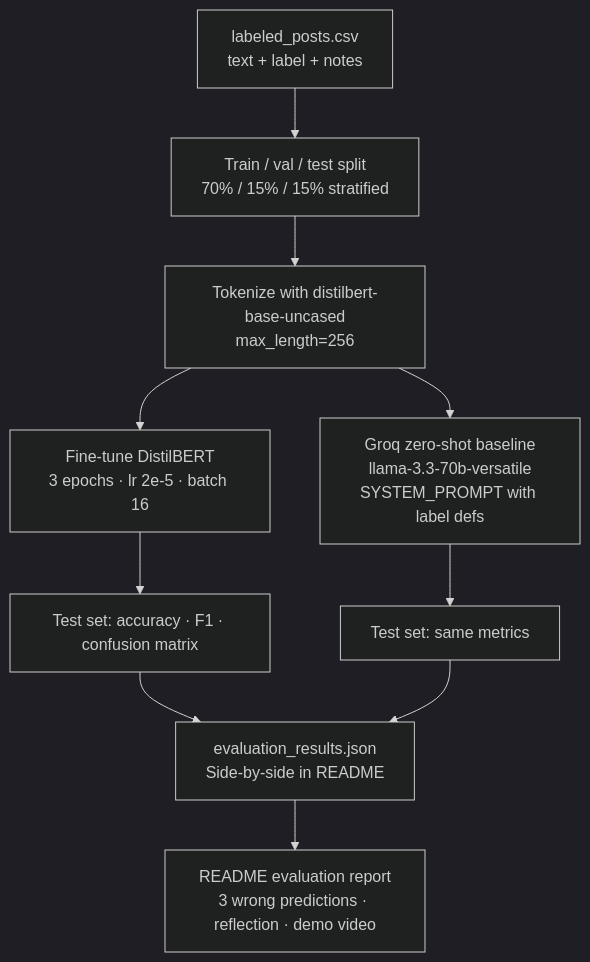
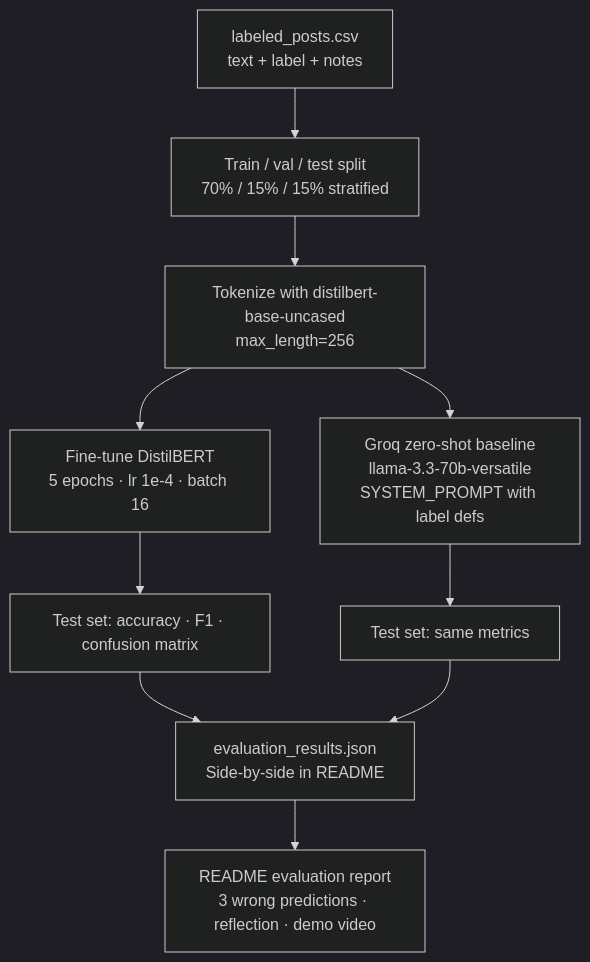
The diagram in planning.md (idkuri/ai201-project3-takemeter), drawn with Mermaid (dark theme) before and after one commit. The commit also changed other lines of this file and 17 other files, not shown here.

````diff
--- a/planning.md
+++ b/planning.md
@@ -279,22 +279,22 @@
 ```mermaid
 flowchart TD
     CSV["labeled_posts.csv<br/>text + label + notes"]
     Split["Train / val / test split<br/>70% / 15% / 15% stratified"]
     Tokenize["Tokenize with distilbert-base-uncased<br/>max_length=256"]
     Baseline["Groq zero-shot baseline<br/>llama-3.3-70b-versatile<br/>SYSTEM_PROMPT with label defs"]
-    Finetune["Fine-tune DistilBERT<br/>3 epochs · lr 2e-5 · batch 16"]
+    Finetune["Fine-tune DistilBERT<br/>5 epochs · lr 1e-4 · batch 16"]
     EvalFT["Test set: accuracy · F1 · confusion matrix"]
     EvalBL["Test set: same metrics"]
     Compare["evaluation_results.json<br/>Side-by-side in README"]
     Report["README evaluation report<br/>3 wrong predictions · reflection · demo video"]
 
     CSV --> Split
     Split --> Tokenize
     Tokenize --> Finetune
     Tokenize --> Baseline
     Finetune --> EvalFT
     Baseline --> EvalBL
     EvalFT --> Compare
     EvalBL --> Compare
     Compare --> Report
 ```
````
